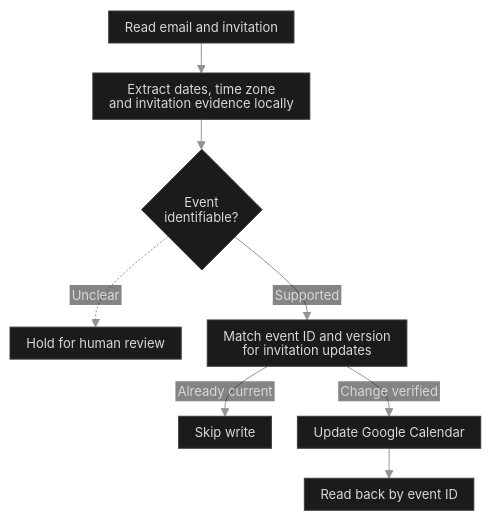
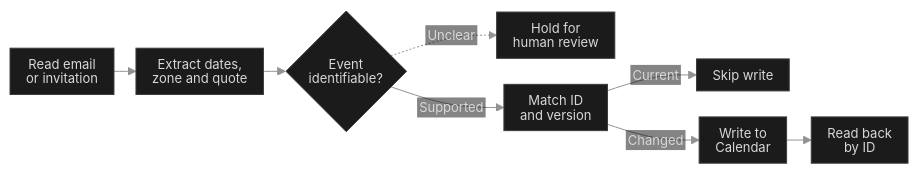
The diagram in diagrams/email.mmd (kazuall/finance-process-portfolio), drawn with Mermaid before and after one commit. The commit also changed 35 other files, not shown here.

```diff
--- a/diagrams/email.mmd
+++ b/diagrams/email.mmd
@@ -1,36 +1,36 @@
 ---
 config:
   theme: base
   htmlLabels: false
   themeVariables:
     darkMode: true
     background: '#0a0a0a'
     fontFamily: 'Inter, -apple-system, BlinkMacSystemFont, Segoe UI, sans-serif'
     fontSize: '13px'
     primaryColor: '#1b1b1b'
     primaryTextColor: '#d8d8d8'
     primaryBorderColor: '#3c3c3c'
     lineColor: '#929292'
     edgeLabelBackground: '#0a0a0a'
     textColor: '#d8d8d8'
   flowchart:
     htmlLabels: false
     useMaxWidth: false
     nodeSpacing: 26
-    rankSpacing: 30
+    rankSpacing: 22
     wrappingWidth: 240
     padding: 8
     diagramPadding: 5
     curve: basis
   themeCSS: 'text,tspan{font-family:system-ui,sans-serif!important;font-weight:400!important}.node rect.label-container{rx:3px;ry:3px}.node rect,.node polygon,.flowchart-link{stroke-width:.85px!important}.edgeLabel .labelBkg{fill:#0a0a0a!important;opacity:1!important}.edgeLabel text{fill:#bebebe!important}'
 ---
-flowchart TB
+flowchart LR
   accTitle: Calendar updates
   accDescr: Local extraction proposes a calendar change. Ambiguous evidence goes to human review. A supported invitation is matched to the calendar, where current events are skipped and changes are written and read back by ID.
-  mail["Read email and invitation"] --> extract["Extract dates, time zone<br/>and invitation evidence locally"]
+  mail["Read email<br/>or invitation"] --> extract["Extract dates,<br/>zone and quote"]
   extract --> proof{"Event<br/>identifiable?"}
-  proof -.->|Unclear| review["Hold for human review"]
-  proof -->|Supported| match["Match event ID and version<br/>for invitation updates"]
-  match -->|Already current| noop["Skip write"]
-  match -->|Change verified| write["Update Google Calendar"]
-  write --> verify["Read back by event ID"]
+  proof -.->|Unclear| review["Hold for<br/>human review"]
+  proof -->|Supported| match["Match ID<br/>and version"]
+  match -->|Current| noop["Skip write"]
+  match -->|Changed| write["Write to<br/>Calendar"]
+  write --> verify["Read back<br/>by ID"]
```
